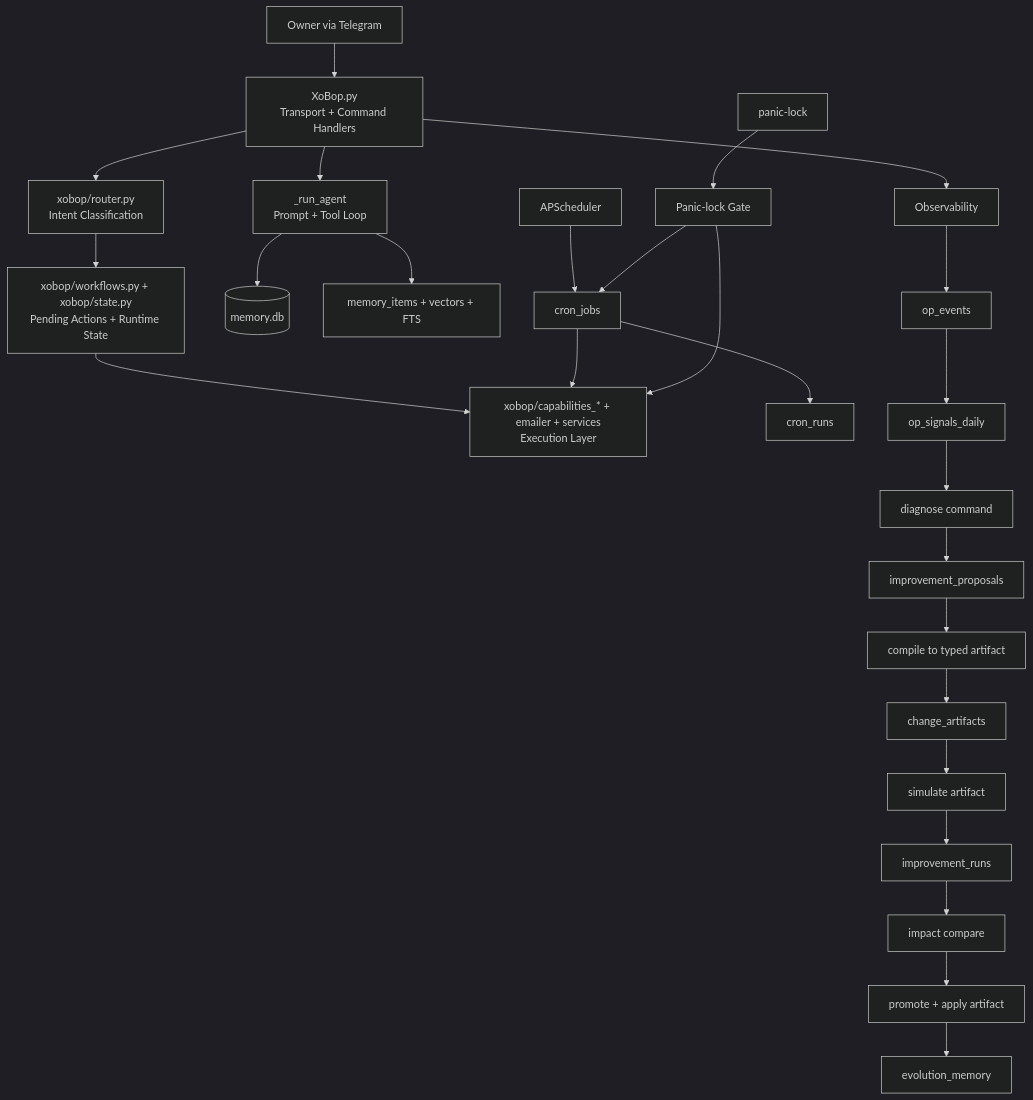
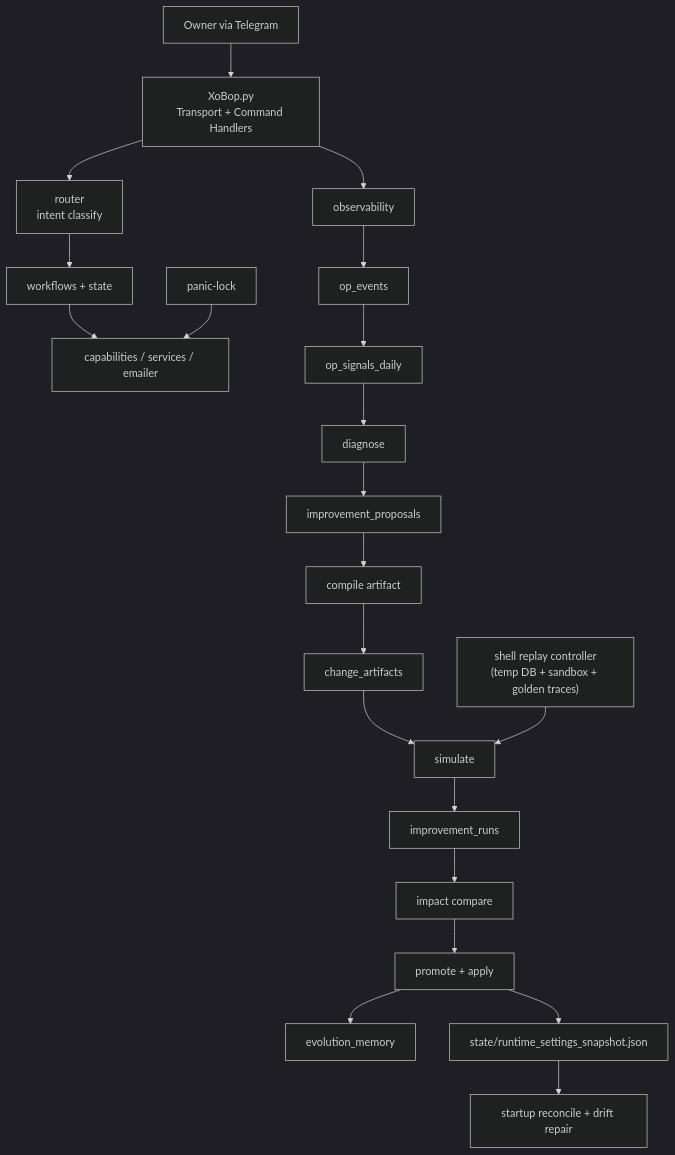
One commit to xbosch/XoBop changed the diagram in README.md. Above: the diagram before and after it, drawn with Mermaid (dark theme). The commit also changed other lines of this file, not shown here.

Commit message:
README: comprehensive refresh with A-K features, SSE, reproducibility, and eval commands

````diff
--- a/README.md
+++ b/README.md
@@ -28,34 +51,29 @@
 ```mermaid
 flowchart TD
-    U["Owner via Telegram"] --> T["XoBop.py\nTransport + Command Handlers"]
+  U["Owner via Telegram"] --> T["XoBop.py\nTransport + Command Handlers"]
 
-    T --> R["xobop/router.py\nIntent Classification"]
-    R --> W["xobop/workflows.py + xobop/state.py\nPending Actions + Runtime State"]
-    W --> C["xobop/capabilities_* + emailer + services\nExecution Layer"]
+  T --> R["router\nintent classify"]
+  R --> W["workflows + state"]
+  W --> C["capabilities / services / emailer"]
 
-    T --> A["_run_agent\nPrompt + Tool Loop"]
-    A --> DB[("memory.db")]
-    A --> MEM["memory_items + vectors + FTS"]
+  T --> OBS["observability"]
+  OBS --> OPE["op_events"]
+  OPE --> SIG["op_signals_daily"]
+  SIG --> DIAG["diagnose"]
 
-    S["APScheduler"] --> CJ["cron_jobs"]
-    CJ --> CR["cron_runs"]
-    CJ --> C
+  DIAG --> PROP["improvement_proposals"]
+  PROP --> COMP["compile artifact"]
+  COMP --> ART["change_artifacts"]
+  ART --> SIM["simulate"]
+  SIM --> RUNS["improvement_runs"]
+  RUNS --> CMP["impact compare"]
+  CMP --> PROM["promote + apply"]
+  PROM --> EVO["evolution_memory"]
 
-    T --> OBS["Observability"]
-    OBS --> OPE["op_events"]
-    OPE --> SIG["op_signals_daily"]
-    SIG --> DIAG["diagnose command"]
+  PROM --> SNAP["state/runtime_settings_snapshot.json"]
+  SNAP --> REC["startup reconcile + drift repair"]
 
-    DIAG --> PROP["improvement_proposals"]
-    PROP --> COMP["compile to typed artifact"]
-    COMP --> ART["change_artifacts"]
-    ART --> SIM["simulate artifact"]
-    SIM --> RUNS["improvement_runs"]
-    RUNS --> CMP["impact compare"]
-    CMP --> PROM["promote + apply artifact"]
-    PROM --> EVO["evolution_memory"]
+  SSE["shell replay controller\n(temp DB + sandbox + golden traces)"] --> SIM
 
-    PLOCK["panic-lock"] --> SAFE["Panic-lock Gate"]
-    SAFE --> C
-    SAFE --> CJ
+  P["panic-lock"] --> C
 ```
````
